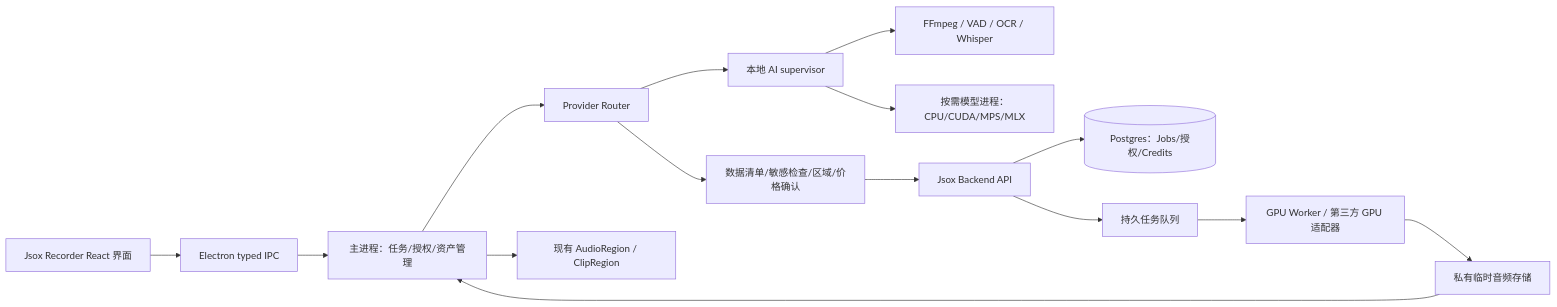
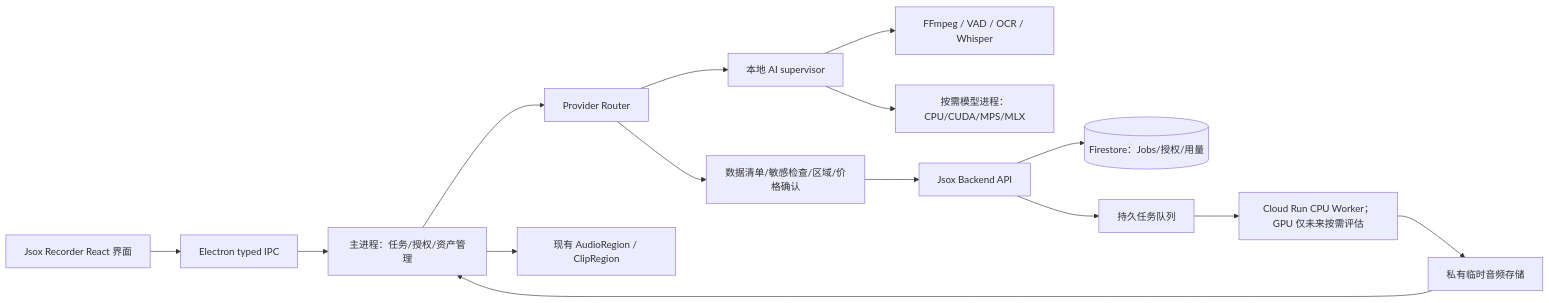
One commit to JJ-Company-JSOX/RecorderJJCompany changed the diagram in docs/recordly-ai-predevelopment.md. Above: the diagram before and after it, drawn with Mermaid. The commit also changed other lines of this file and 38 other files, not shown here.

Commit message:
Add Firebase-first AI Studio architecture and CPU backend preview

````diff
--- a/docs/recordly-ai-predevelopment.md
+++ b/docs/recordly-ai-predevelopment.md
@@ -80,17 +82,17 @@
 ```mermaid
 flowchart LR
   UI[Jsox Recorder React 界面] --> IPC[Electron typed IPC]
   IPC --> Main[主进程：任务/授权/资产管理]
   Main --> Router[Provider Router]
   Router --> Local[本地 AI supervisor]
   Local --> CPU[FFmpeg / VAD / OCR / Whisper]
   Local --> Model[按需模型进程：CPU/CUDA/MPS/MLX]
   Router --> Consent[数据清单/敏感检查/区域/价格确认]
   Consent --> API[Jsox Backend API]
-  API --> DB[(Postgres：Jobs/授权/Credits)]
+  API --> DB[(Firestore：Jobs/授权/用量)]
   API --> Queue[持久任务队列]
-  Queue --> GPU[GPU Worker / 第三方 GPU 适配器]
+  Queue --> GPU[Cloud Run CPU Worker；GPU 仅未来按需评估]
   GPU --> Store[私有临时音频存储]
   Store --> Main
   Main --> Timeline[现有 AudioRegion / ClipRegion]
 ```
````
